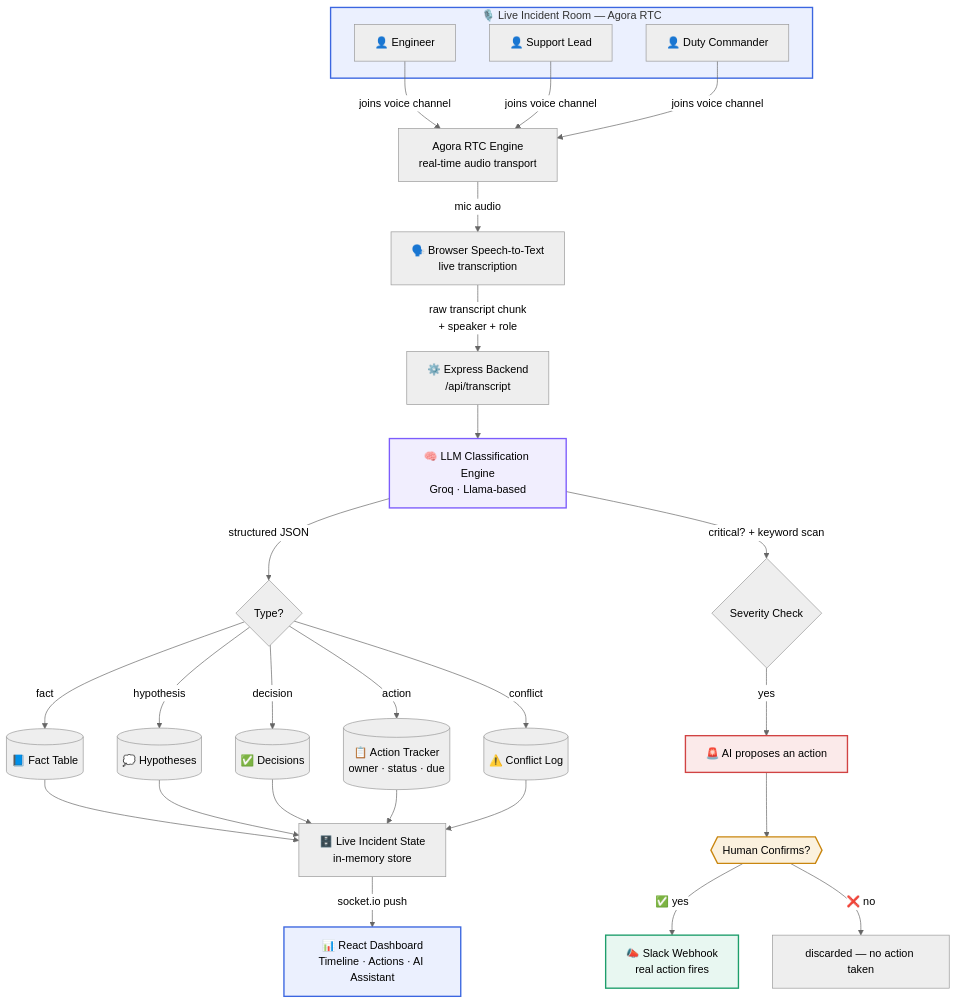
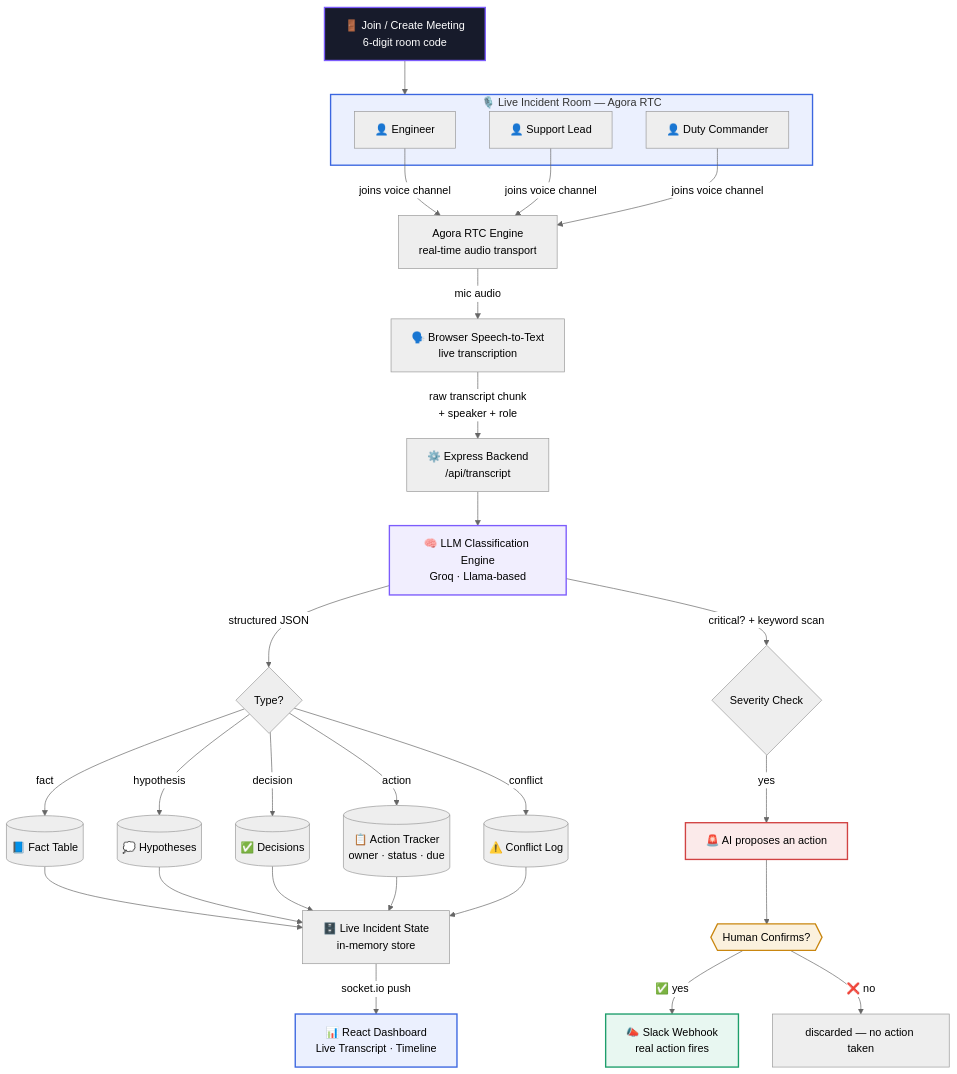
One commit to BugSlayer009/incident-commander changed the first of 2 diagrams in README.md. Above: the diagram before and after it, drawn with Mermaid (neutral theme). The commit also changed other lines of this file, not shown here.

````diff
--- a/README.md
+++ b/README.md
@@ -43,39 +43,42 @@
 ```mermaid
 flowchart TD
+    ENTRY["🚪 Join / Create Meeting<br/>6-digit room code"] --> ROOM
+
     subgraph ROOM["🎙️ Live Incident Room — Agora RTC"]
         U1["👤 Engineer"]
         U2["👤 Support Lead"]
         U3["👤 Duty Commander"]
     end
 
     U1 & U2 & U3 -->|joins voice channel| AGORA["Agora RTC Engine<br/>real-time audio transport"]
     AGORA -->|mic audio| STT["🗣️ Browser Speech-to-Text<br/>live transcription"]
 
     STT -->|"raw transcript chunk<br/>+ speaker + role"| API["⚙️ Express Backend<br/>/api/transcript"]
 
     API --> CLASSIFY["🧠 LLM Classification Engine<br/>Groq · Llama-based"]
 
     CLASSIFY -->|structured JSON| ROUTER{Type?}
 
     ROUTER -->|fact| FACTS[("📘 Fact Table")]
     ROUTER -->|hypothesis| HYPO[("💭 Hypotheses")]
     ROUTER -->|decision| DEC[("✅ Decisions")]
     ROUTER -->|action| ACT[("📋 Action Tracker<br/>owner · status · due")]
     ROUTER -->|conflict| CONF[("⚠️ Conflict Log")]
 
     CLASSIFY -->|"critical? + keyword scan"| CRITICAL{Severity Check}
     CRITICAL -->|yes| PROPOSE["🚨 AI proposes an action"]
     PROPOSE --> CONFIRM{{"Human Confirms?"}}
     CONFIRM -->|✅ yes| SLACK["📣 Slack Webhook<br/>real action fires"]
     CONFIRM -->|❌ no| DISCARD["discarded — no action taken"]
 
     FACTS & HYPO & DEC & ACT & CONF --> STATE["🗄️ Live Incident State<br/>in-memory store"]
-    STATE -->|"socket.io push"| DASH["📊 React Dashboard<br/>Timeline · Actions · AI Assistant"]
+    STATE -->|"socket.io push"| DASH["📊 React Dashboard<br/>Live Transcript · Timeline"]
 
+    style ENTRY fill:#171B2B,stroke:#7C5CFC,stroke-width:2px,color:#fff
     style ROOM fill:#EBF0FE,stroke:#3B66E0,stroke-width:2px
     style CLASSIFY fill:#F1EEFE,stroke:#7C5CFC,stroke-width:2px
     style PROPOSE fill:#FBEAEA,stroke:#D14343,stroke-width:2px
     style CONFIRM fill:#FBF1DE,stroke:#C9860F,stroke-width:2px
     style SLACK fill:#E8F7F1,stroke:#1E9E6B,stroke-width:2px
     style DASH fill:#EBF0FE,stroke:#3B66E0,stroke-width:2px
 ```
````
